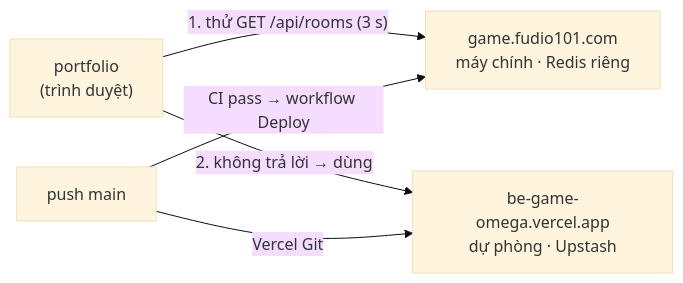
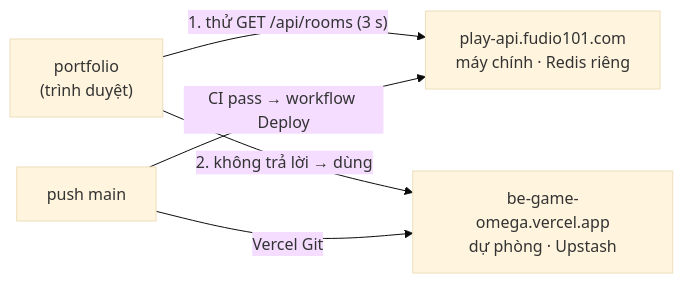
The diagram in docs/DEPLOYMENT.md (ThachHuynhIT/be_game), drawn with Mermaid (base theme) before and after one commit. The commit also changed other lines of this file and 4 other files, not shown here.

First line of the commit message:
docs: move the self-hosted backend to play-api.fudio101.com

````diff
--- a/docs/DEPLOYMENT.md
+++ b/docs/DEPLOYMENT.md
@@ -19,7 +19,7 @@
 ```mermaid
 flowchart LR
-  P["portfolio<br/>(trình duyệt)"] -- "1. thử GET /api/rooms (3 s)" --> M["game.fudio101.com<br/>máy chính · Redis riêng"]
+  P["portfolio<br/>(trình duyệt)"] -- "1. thử GET /api/rooms (3 s)" --> M["play-api.fudio101.com<br/>máy chính · Redis riêng"]
   P -- "2. không trả lời → dùng" --> V["be-game-omega.vercel.app<br/>dự phòng · Upstash"]
   GH["push main"] -- "CI pass → workflow Deploy" --> M
   GH -- "Vercel Git" --> V
 ```
````
